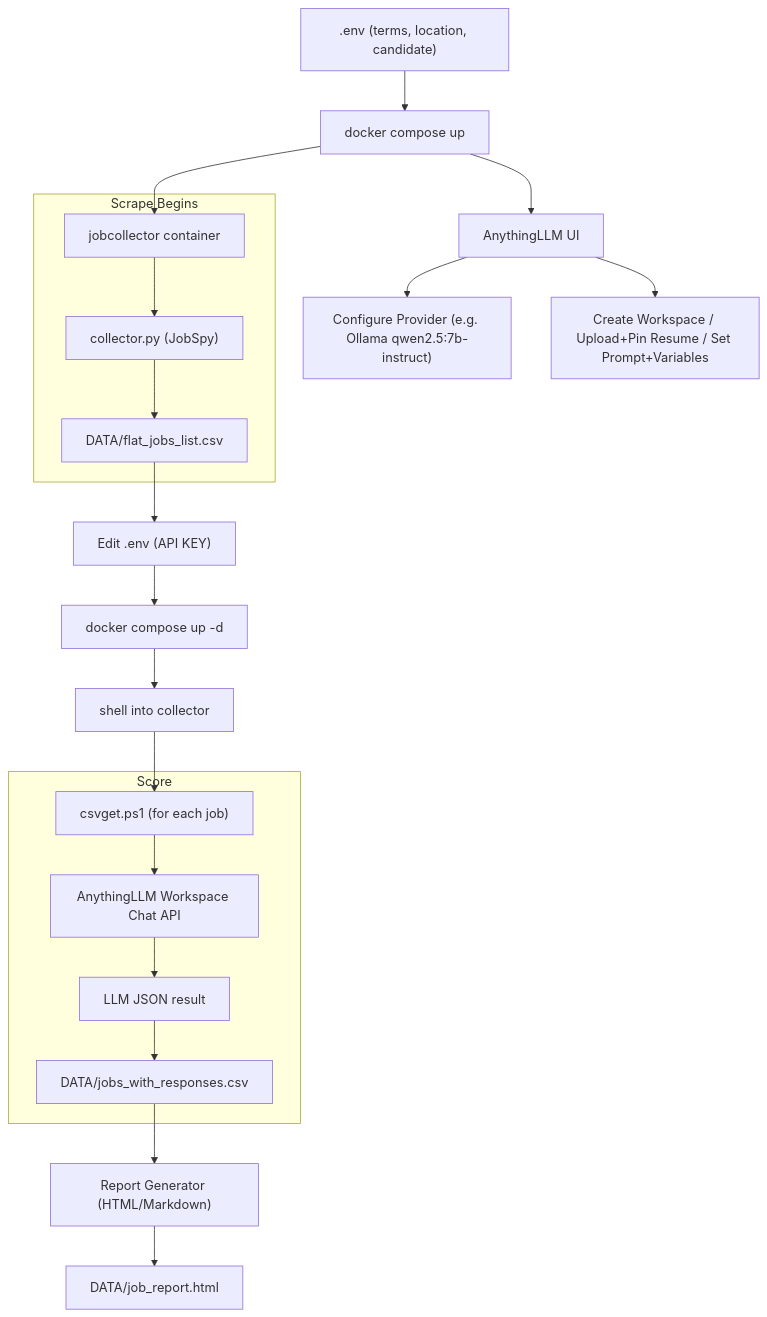
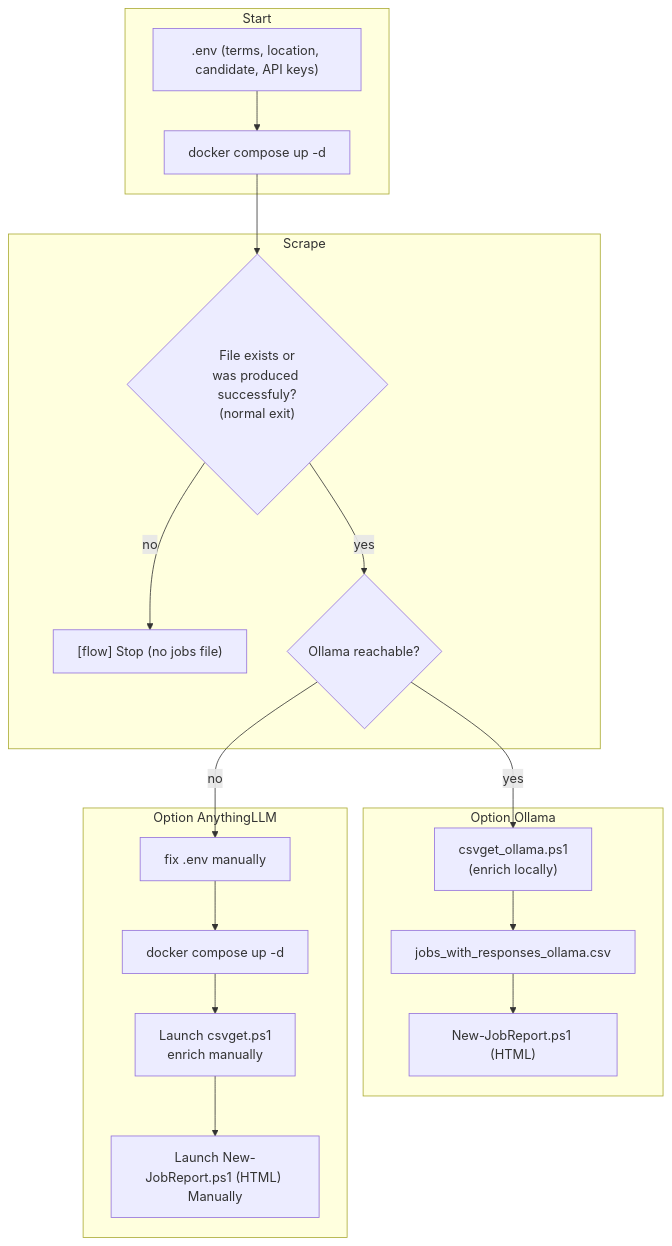
The first of 3 diagrams in README.md (drjp81/jobanalyzer), drawn with Mermaid before and after one commit. The commit also changed other lines of this file and 8 other files, not shown here.

````diff
--- a/README.md
+++ b/README.md
@@ -57,31 +80,28 @@
 ```mermaid
 flowchart TD
-  A[".env (terms, location, candidate)"] --> B["docker compose up"]
-  B --> C["AnythingLLM UI"]
-  C --> D["Configure Provider (e.g. Ollama qwen2.5:7b-instruct)"]
-  C --> E["Create Workspace / Upload+Pin Resume / Set Prompt+Variables"]
-  B --> F["jobcollector container"]
-
-  subgraph Scrape Begins
-    F --> G["collector.py (JobSpy)"]
-    G --> H["DATA/flat_jobs_list.csv"]
+  subgraph Start
+    A[".env (terms, location, candidate, API keys)"] --> B["docker compose up -d"]
   end
 
-  %% Feedback loop: tweak knobs, relaunch stack
-  H --> X["Edit .env (API KEY)"]
-  X --> Y["docker compose up -d"]
-  Y --> Z["shell into collector"]
-  Z --> I
 
-  subgraph Score
-    I["csvget.ps1 (for each job)"]
-    I --> J["AnythingLLM Workspace Chat API"]
-    J --> K["LLM JSON result"]
-    K --> L["DATA/jobs_with_responses.csv"]
+
+  subgraph Scrape
+    B --> R{"File exists or<br/>was produced successfuly?<br/>(normal exit)"}
+    R -->|no| Z["[flow] Stop (no jobs file)"]
+    R -->|yes| S{"Ollama reachable?"}
   end
 
-  L --> M["Report Generator (HTML/Markdown)"]
-  M --> N["DATA/job_report.html"]
-
-
+  subgraph Option Ollama
+  %% Option A: Local Ollama
+  S -->|yes| A1["csvget_ollama.ps1<br/>(enrich locally)"]
+  A1 --> A2["jobs_with_responses_ollama.csv"]
+  A2 --> A3["New-JobReport.ps1 (HTML)"]
+  end
+  subgraph Option AnythingLLM
+  %% Option B: Fallback to AnythingLLM
+  S -->|no| B1["fix .env manually"]
+  B1 --> B2["docker compose up -d"]
+    B2 --> B3["Launch csvget.ps1<br/>enrich manually"]
+  B3 --> B4["Launch New-JobReport.ps1 (HTML) Manually"]
+  end
 ```
````
